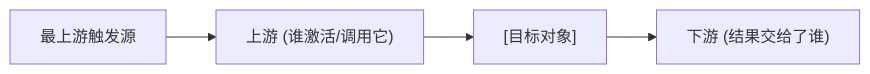
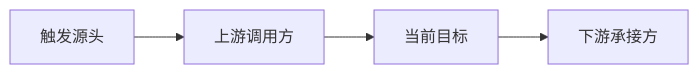
Before and after one commit to Asstar-X/repo-mentor: the diagram in commands/trace.md, drawn with Mermaid. The commit also changed other lines of this file and 16 other files, not shown here.

````diff
--- a/commands/trace.md
+++ b/commands/trace.md
@@ -27,6 +25,6 @@
-  ```mermaid
-  flowchart LR
-      Trigger["最上游触发源"] --> Upstream["上游 (谁激活/调用它)"]
-      Upstream --> Target["[目标对象]"]
-      Target --> Downstream["下游 (结果交给了谁)"]
-  ```
+     ```mermaid
+     flowchart LR
+         Trigger["触发源头"] --> Caller["上游调用方"]
+         Caller --> Target["当前目标"]
+         Target --> Downstream["下游承接方"]
+     ```
````
